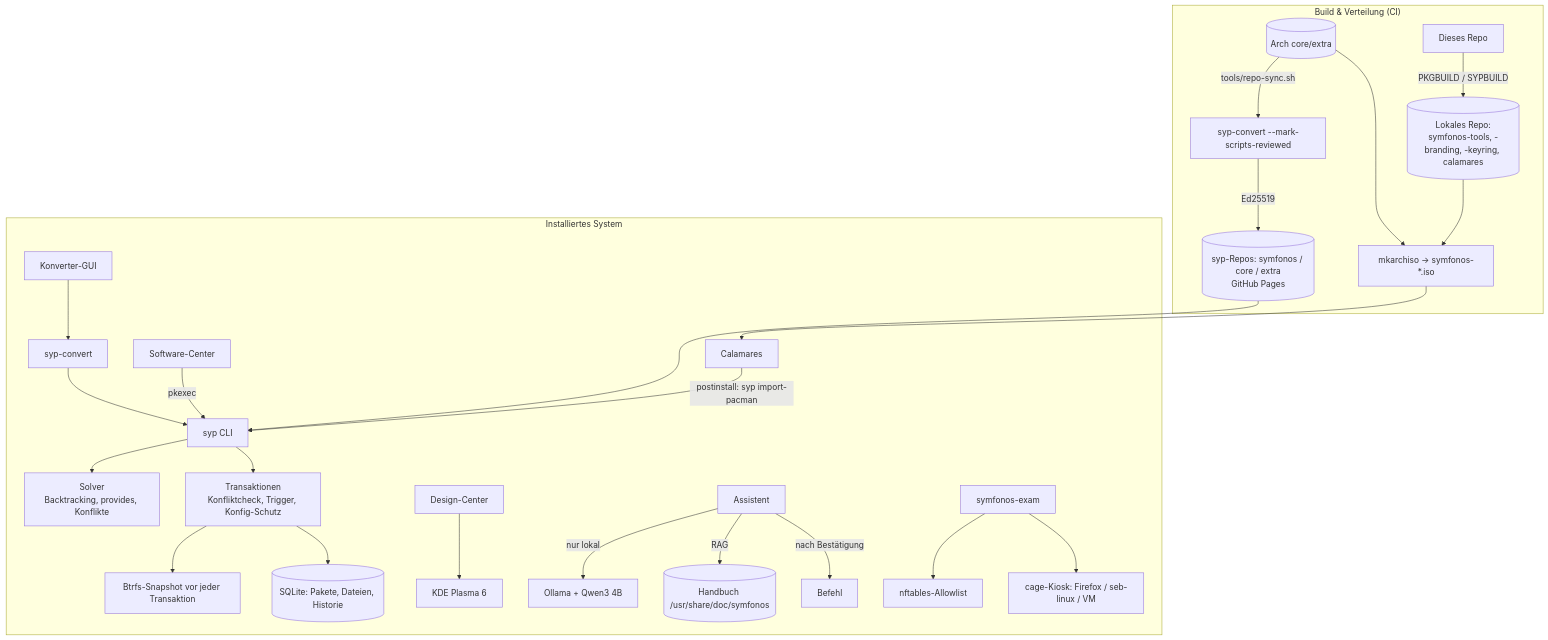
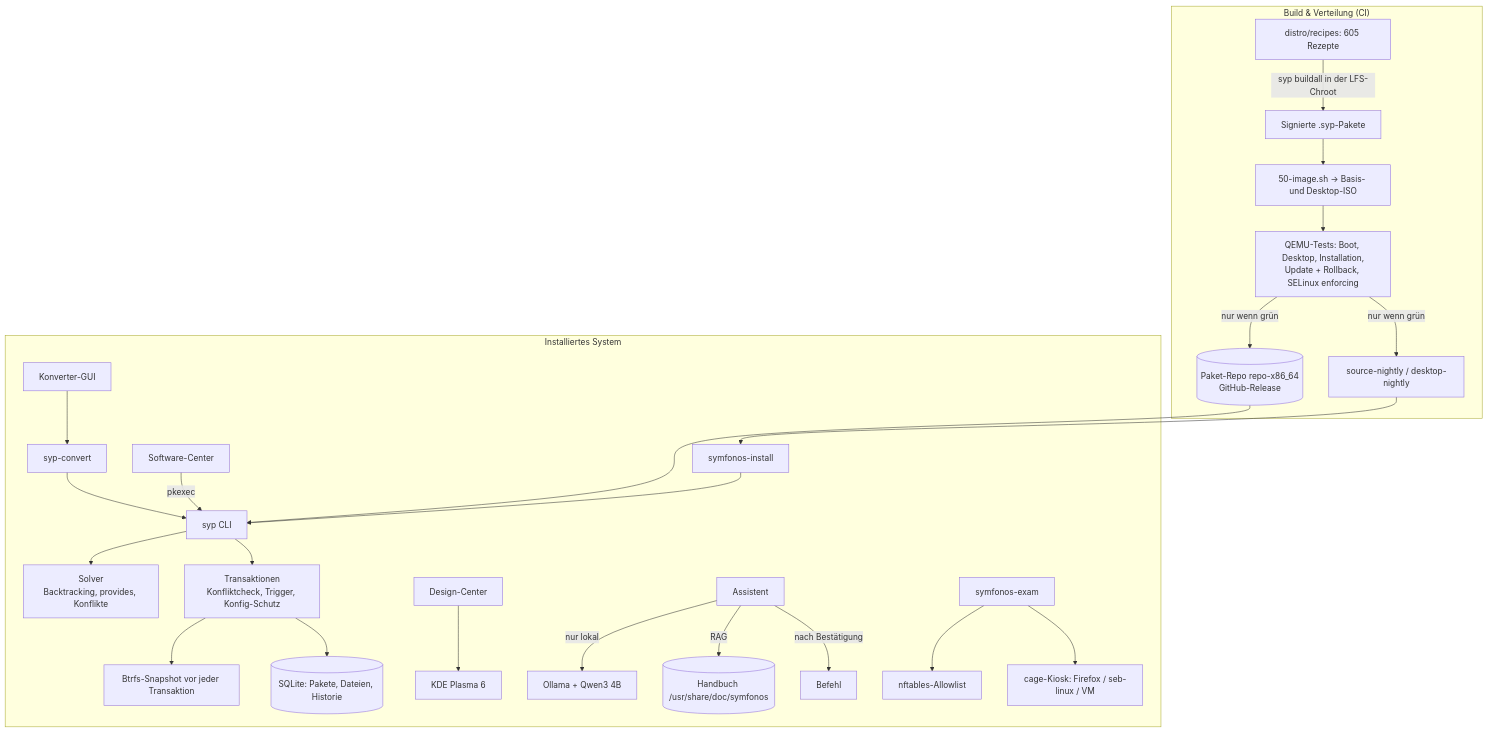
One commit to SymfonOS/SymfonOS changed the diagram in README.md. Above: the diagram before and after it, drawn with Mermaid. The commit also changed other lines of this file and 70 other files, not shown here.

````diff
--- a/README.md
+++ b/README.md
@@ -21,26 +21,26 @@
 ```mermaid
 flowchart TB
   subgraph Build["Build & Verteilung (CI)"]
-    ARCH[(Arch core/extra)] -->|tools/repo-sync.sh| CONV[syp-convert --mark-scripts-reviewed]
-    CONV -->|Ed25519| REPO[(syp-Repos: symfonos / core / extra<br/>GitHub Pages)]
-    SRC[Dieses Repo] -->|PKGBUILD / SYPBUILD| LOCAL[(Lokales Repo:<br/>symfonos-tools, -branding, -keyring, calamares)]
-    LOCAL --> ISO[mkarchiso → symfonos-*.iso]
-    ARCH --> ISO
+    SRC[distro/recipes: 605 Rezepte] -->|syp buildall in der LFS-Chroot| PKGS[Signierte .syp-Pakete]
+    PKGS --> ISO[50-image.sh → Basis- und Desktop-ISO]
+    ISO --> TESTS[QEMU-Tests: Boot, Desktop, Installation,<br/>Update + Rollback, SELinux enforcing]
+    TESTS -->|nur wenn grün| REPO[(Paket-Repo repo-x86_64<br/>GitHub-Release)]
+    TESTS -->|nur wenn grün| REL[source-nightly / desktop-nightly]
   end
   subgraph System["Installiertes System"]
-    CAL[Calamares] -->|postinstall: syp import-pacman| SYP
+    INST[symfonos-install] --> SYP
     SYP[syp CLI] --> SOLVER[Solver<br/>Backtracking, provides, Konflikte]
     SYP --> TX[Transaktionen<br/>Konfliktcheck, Trigger, Konfig-Schutz]
     TX --> SNAP[Btrfs-Snapshot vor jeder Transaktion]
     TX --> DB[(SQLite: Pakete, Dateien, Historie)]
     STORE[Software-Center] -->|pkexec| SYP
     CGUI[Konverter-GUI] --> CONVL[syp-convert] --> SYP
     DESIGN[Design-Center] --> PLASMA[KDE Plasma 6]
     ASSIST[Assistent] -->|nur lokal| OLLAMA[Ollama + Qwen3 4B]
     ASSIST -->|RAG| DOCS[(Handbuch /usr/share/doc/symfonos)]
     ASSIST -->|nach Bestätigung| SHELL[Befehl]
     EXAM[symfonos-exam] --> NFT[nftables-Allowlist] & CAGE[cage-Kiosk: Firefox / seb-linux / VM]
   end
   REPO --> SYP
-  ISO --> CAL
+  REL --> INST
 ```
````
